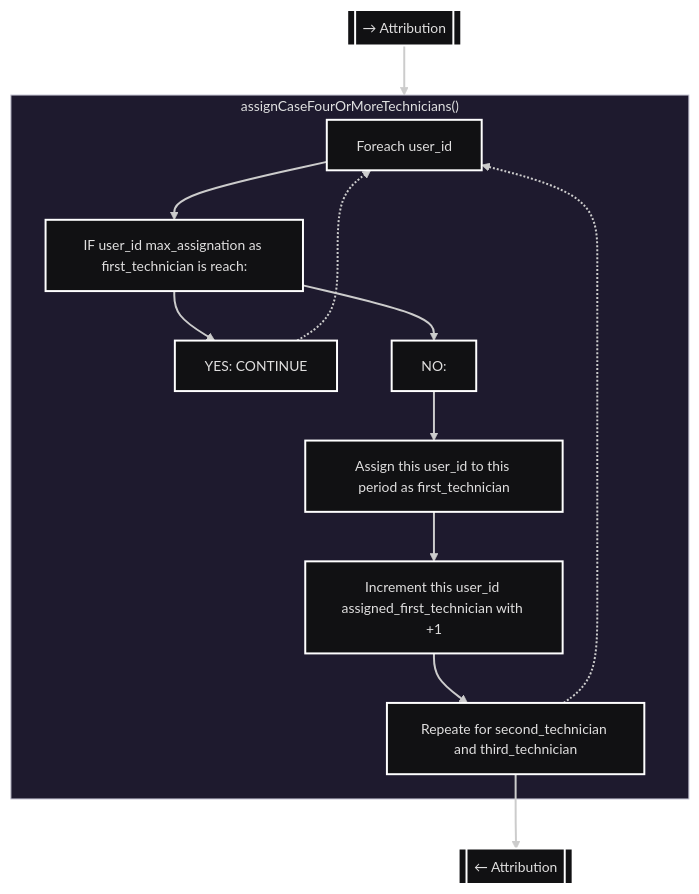
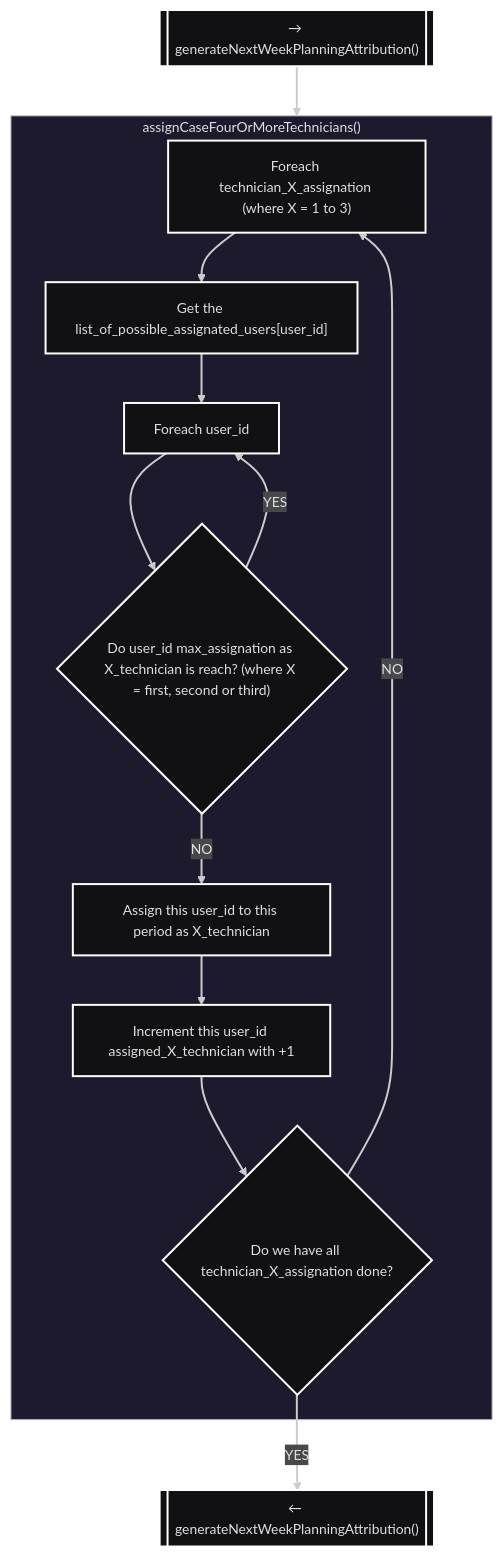
The diagram in orif/helpdesk/algo_documentations/08_assignCaseFourOrMoreTechnicians.mmd (OrifInformatique/helpdesk), drawn with Mermaid before and after one commit. The commit also changed 13 other files, not shown here.

```diff
--- a/orif/helpdesk/algo_documentations/08_assignCaseFourOrMoreTechnicians.mmd
+++ b/orif/helpdesk/algo_documentations/08_assignCaseFourOrMoreTechnicians.mmd
@@ -1,32 +1,33 @@
 ---
 config:
   theme: redux-dark
   layout: dagre
 ---
 %% Sous-processus détaillé du fichier 06_generateNextWeekPlanning_attribution.mmd
 %% Appelé lorsque CASE 4 or more techniciens disponibles
 flowchart TD
-    p1[["→ Attribution"]]
+    p1[["→ generateNextWeekPlanningAttribution()"]]
     subgraph s1["assignCaseFourOrMoreTechnicians()"]
-        n1["Foreach user_id"]
-        n2["IF user_id max_assignation as first_technician is reach:"]
-        n3["YES: CONTINUE"]
-        n4["NO:"]
-        n5["Assign this user_id to this period as first_technician"]
-        n6["Increment this user_id assigned_first_technician with +1"]
-        n7["Repeate for second_technician and third_technician"]
+        n1["Foreach technician_X_assignation (where X = 1 to 3)"]
+        n2["Get the list_of_possible_assignated_users[user_id]"]
+        n3["Foreach user_id"]
+        n4{"Do user_id max_assignation as X_technician is reach? (where X = first, second or third)"}
+        n5["Assign this user_id to this period as X_technician"]
+        n6["Increment this user_id assigned_X_technician with +1"]
+        n7{"Do we have all technician_X_assignation done?"}
   end
-    back1[["← Attribution"]]
+    back1[["← generateNextWeekPlanningAttribution()"]]
 
     p1 --> s1
     n1 --> n2
-    n2 --> n3 & n4
-    n3 -.-> n1
-    n4 --> n5
+    n2 --> n3
+    n3 --> n4
+    n4 --NO--> n5
+    n4 --YES--> n3
     n5 --> n6
     n6 --> n7
-    n7 -.-> n1
-    n7 --> back1
+    n7 --NO--> n1
+    n7 --YES--> back1
 
 %% Lien de retour vers le fichier parent
-click back1 "06_generateNextWeekPlanning_attribution.mmd" "Retour à la logique d'attribution principale"
+click back1 "06_generateNextWeekPlanningAttribution.mmd" "Retour à la logique d'attribution principale"
```
